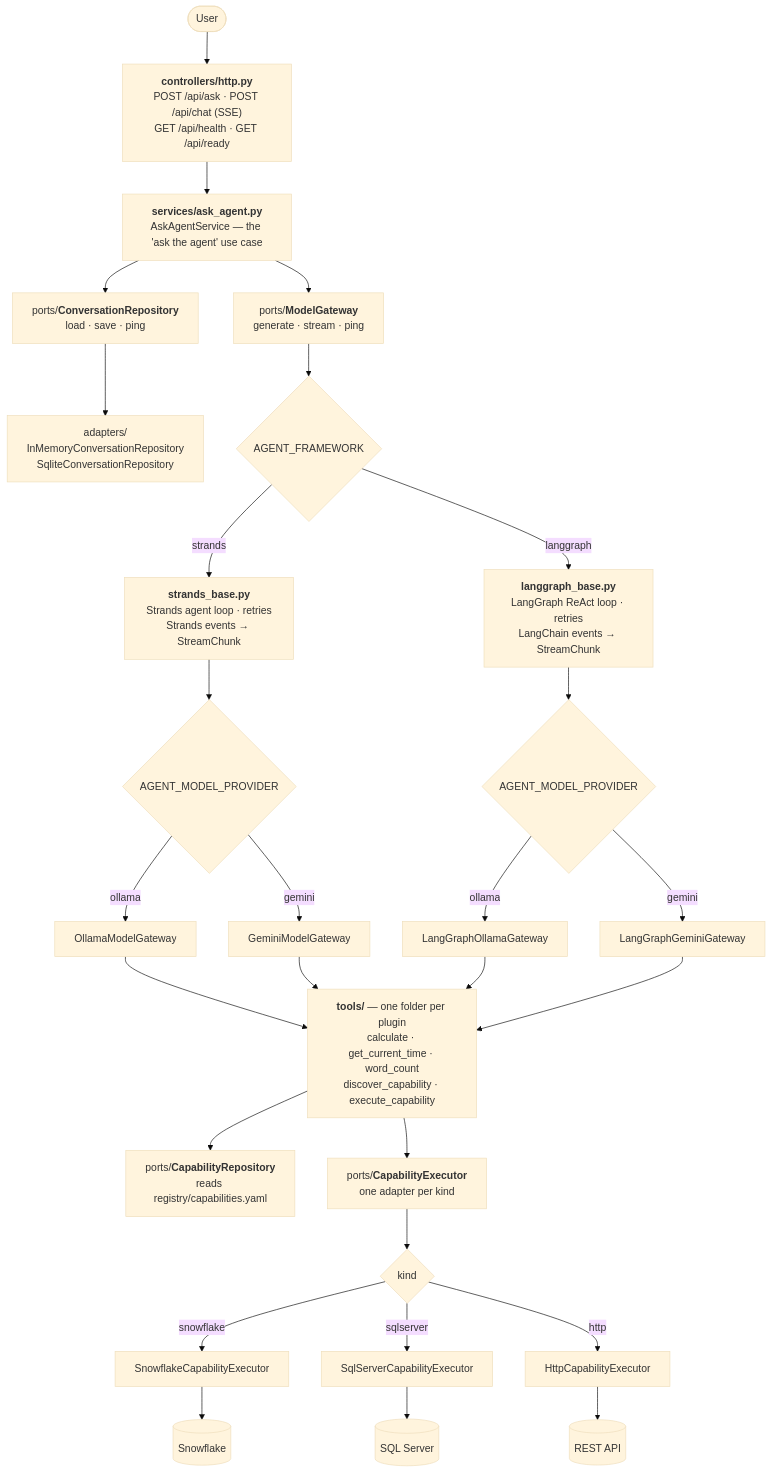
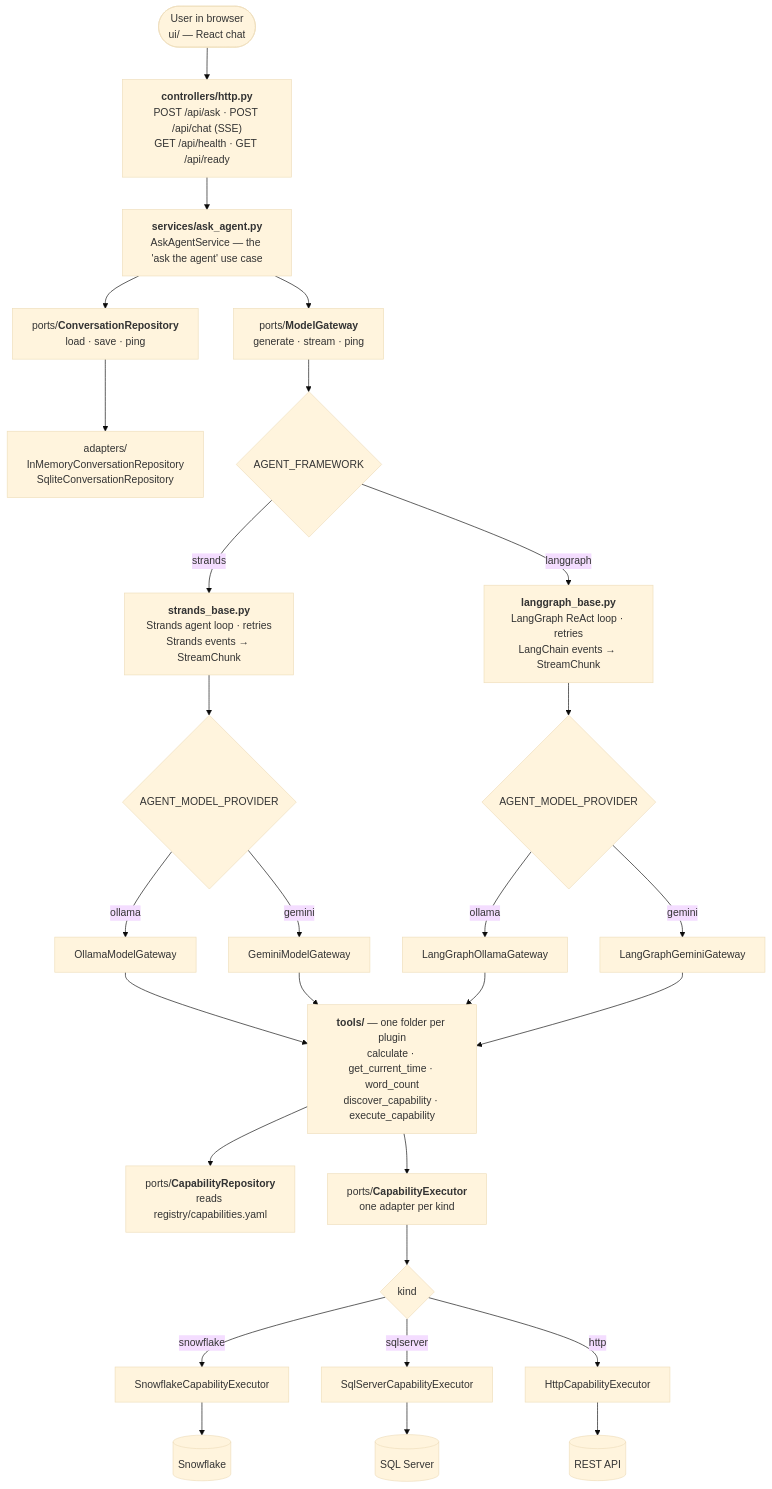
One commit to rahulrraj/agent-data-platform changed the first of 4 diagrams in README.md. Above: the diagram before and after it, drawn with Mermaid (base theme). The commit also changed other lines of this file and 2192 other files, not shown here.

First line of the commit message:
React chat UI + fix Strands streaming

````diff
--- a/README.md
+++ b/README.md
@@ -11,24 +11,24 @@
 ```mermaid
 flowchart TB
-    User([User]) --> HTTP["<b>controllers/http.py</b><br/>POST /api/ask · POST /api/chat (SSE)<br/>GET /api/health · GET /api/ready"]
+    Browser([User in browser<br/>ui/ — React chat]) --> HTTP["<b>controllers/http.py</b><br/>POST /api/ask · POST /api/chat (SSE)<br/>GET /api/health · GET /api/ready"]
     HTTP --> Svc["<b>services/ask_agent.py</b><br/>AskAgentService — the 'ask the agent' use case"]
     Svc --> CR["ports/<b>ConversationRepository</b><br/>load · save · ping"]
     Svc --> MG["ports/<b>ModelGateway</b><br/>generate · stream · ping"]
     CR --> CRA["adapters/<br/>InMemoryConversationRepository<br/>SqliteConversationRepository"]
     MG --> FW{"AGENT_FRAMEWORK"}
     FW -- strands --> SB["<b>strands_base.py</b><br/>Strands agent loop · retries<br/>Strands events → StreamChunk"]
     FW -- langgraph --> LB["<b>langgraph_base.py</b><br/>LangGraph ReAct loop · retries<br/>LangChain events → StreamChunk"]
     SB --> PV1{"AGENT_MODEL_PROVIDER"}
     LB --> PV2{"AGENT_MODEL_PROVIDER"}
     PV1 -- ollama --> SO["OllamaModelGateway"]
     PV1 -- gemini --> SG["GeminiModelGateway"]
     PV2 -- ollama --> LO["LangGraphOllamaGateway"]
     PV2 -- gemini --> LGG["LangGraphGeminiGateway"]
     SO & SG & LO & LGG --> Tools["<b>tools/</b> — one folder per plugin<br/>calculate · get_current_time · word_count<br/>discover_capability · execute_capability"]
     Tools --> CAP["ports/<b>CapabilityRepository</b><br/>reads registry/capabilities.yaml"]
     Tools --> EXE["ports/<b>CapabilityExecutor</b><br/>one adapter per kind"]
     EXE --> K{"kind"}
     K -- snowflake --> K1["SnowflakeCapabilityExecutor"] --> SF[(Snowflake)]
     K -- sqlserver --> K2["SqlServerCapabilityExecutor"] --> SS[(SQL Server)]
     K -- http --> K3["HttpCapabilityExecutor"] --> RA[(REST API)]
 ```
````
